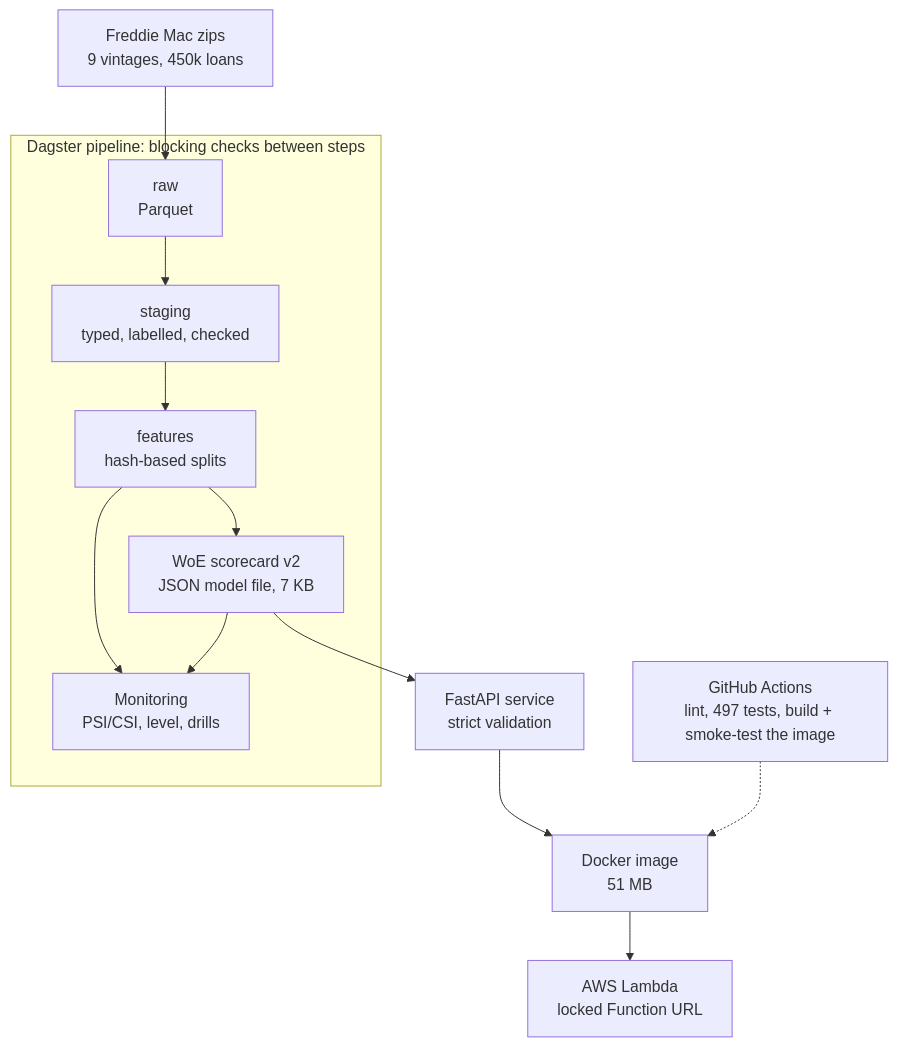
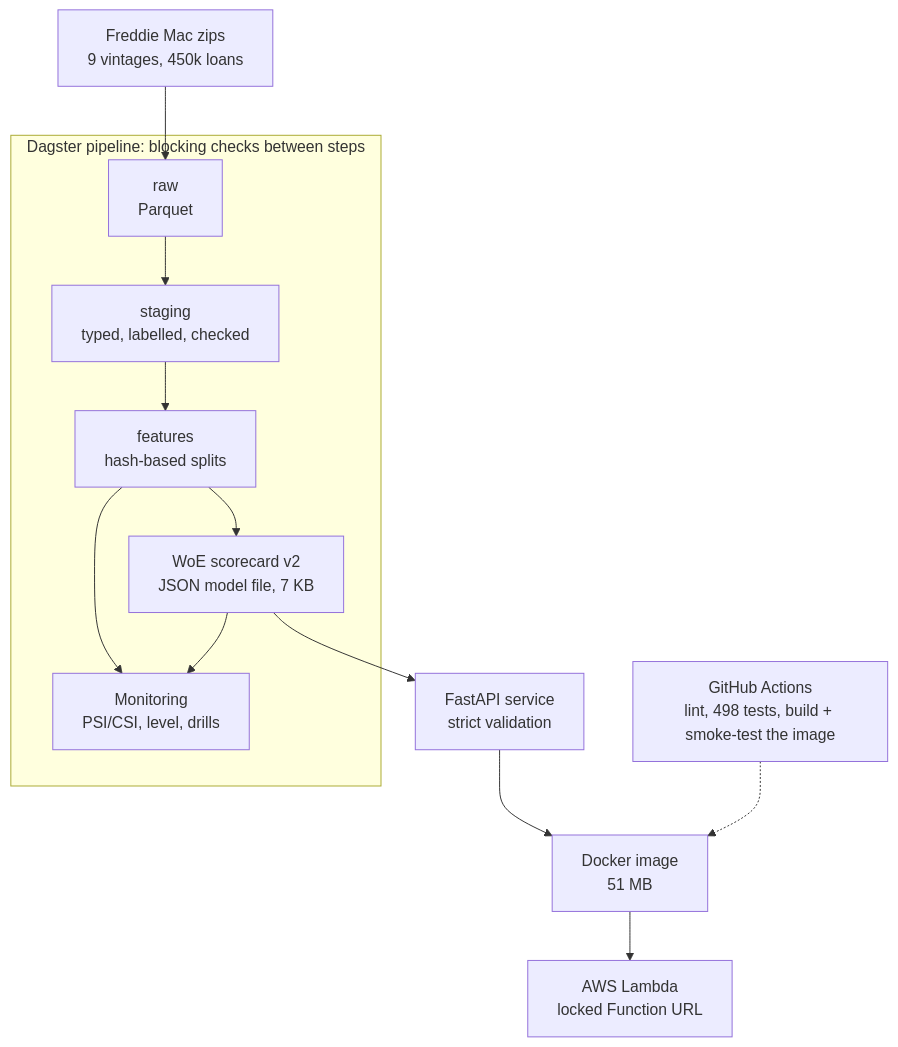
The diagram in README.md (Aymannel04/credit-risk-platform), drawn with Mermaid before and after one commit. The commit also changed other lines of this file and 3 other files, not shown here.

Commit message:
Build the image with the adapter from our own ghcr.io mirror (same sha256); decision log; 498 tests

````diff
--- a/README.md
+++ b/README.md
@@ -32,20 +32,20 @@
 ```mermaid
 flowchart TB
     Z["Freddie Mac zips<br/>9 vintages, 450k loans"] --> R["raw<br/>Parquet"]
     R --> S["staging<br/>typed, labelled, checked"]
     S --> F["features<br/>hash-based splits"]
     F --> M["WoE scorecard v2<br/>JSON model file, 7 KB"]
     M --> API["FastAPI service<br/>strict validation"]
     API --> IMG["Docker image<br/>51 MB"]
     IMG --> L["AWS Lambda<br/>locked Function URL"]
     F --> MON["Monitoring<br/>PSI/CSI, level, drills"]
     M --> MON
     subgraph D["Dagster pipeline: blocking checks between steps"]
       R
       S
       F
       M
       MON
     end
-    CI["GitHub Actions<br/>lint, 497 tests, build + smoke-test the image"] -.-> IMG
+    CI["GitHub Actions<br/>lint, 498 tests, build + smoke-test the image"] -.-> IMG
 ```
````
